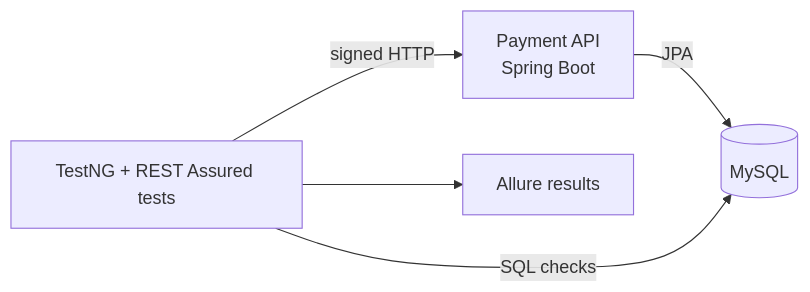
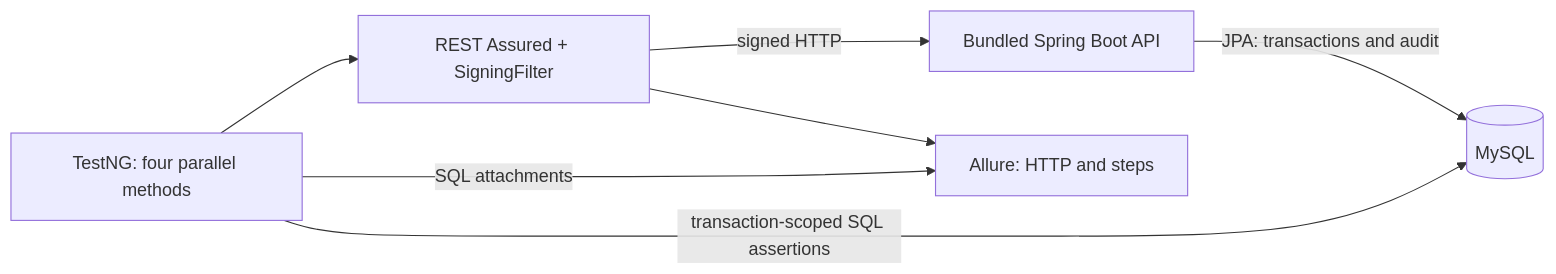
Before and after one commit to yashwant-das/qa-java-restassured-payments: the diagram in README.md, drawn with Mermaid. The commit also changed other lines of this file and 117 other files, not shown here.

Commit message:
chore: adopt repository standards for payment API tests

````diff
--- a/README.md
+++ b/README.md
@@ -21,7 +23,9 @@
 ```mermaid
 flowchart LR
-    T[TestNG + REST Assured tests] -->|signed HTTP| A[Payment API<br/>Spring Boot]
-    A -->|JPA| D[(MySQL)]
-    T -->|SQL checks| D
-    T --> R[Allure results]
+    T[TestNG: four parallel methods] --> C[REST Assured + SigningFilter]
+    C -->|signed HTTP| A[Bundled Spring Boot API]
+    A -->|JPA: transactions and audit| D[(MySQL)]
+    T -->|transaction-scoped SQL assertions| D
+    C --> R[Allure: HTTP and steps]
+    T -->|SQL attachments| R
 ```
````
